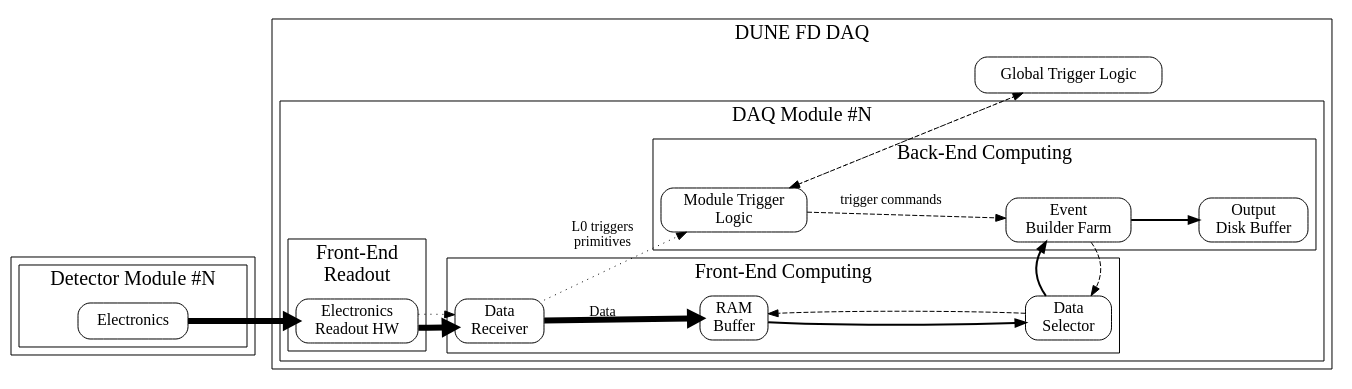
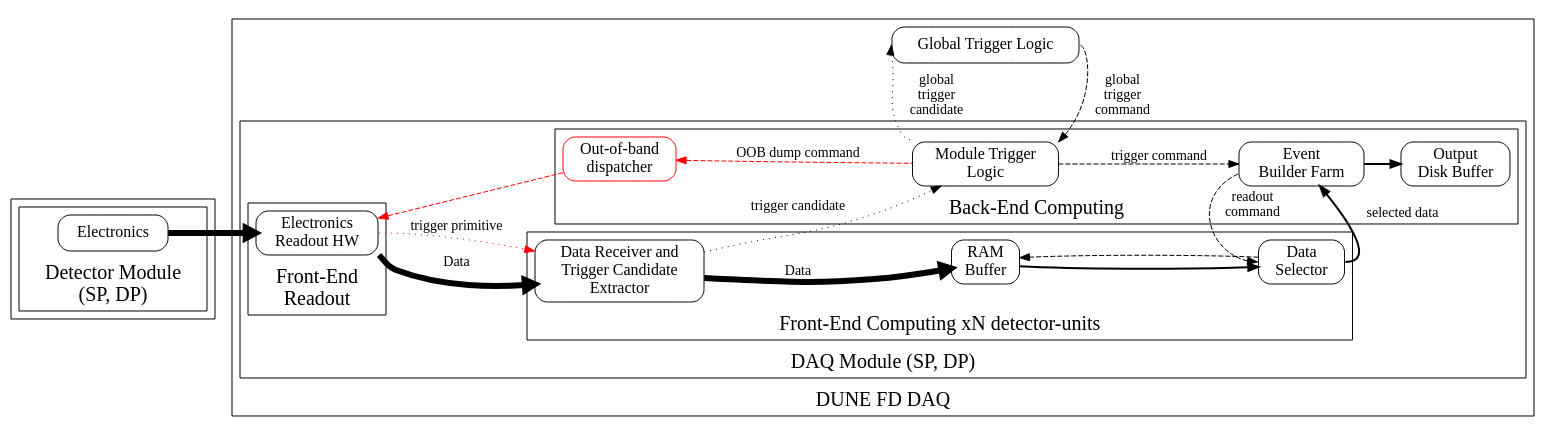
The diagram in far-detector-single-phase/figures/daq-overview.dot (maricicj/Technical-Proposal), drawn with Graphviz before and after one commit. The commit also changed 2 other files, not shown here.

Commit message:
Try to flesh out labels - still not final.

```diff
--- a/far-detector-single-phase/figures/daq-overview.dot
+++ b/far-detector-single-phase/figures/daq-overview.dot
@@ -1,69 +1,89 @@
 digraph top {
-        graph[compound=true,ordering=out,splines=false,layout=dot,rankdir=LR,fontsize=20];
+        graph[compound=true,ordering=out,splines=true,layout=dot,rankdir=LR,fontsize=20];
         node[shape=box,style="rounded",fontsize=16];
 
         subgraph cluster_dets{
                 subgraph cluster_det1{
-                        label="Detector Module #N";
+                        label="Detector Module\n(SP, DP)";
+                        labelloc=bottom;
+                        
                         elec1[label="Electronics"];
                 }
         }
         subgraph cluster_daqs{
                 label="DUNE FD DAQ";
-
+                labelloc=bottom;
+                
                 subgraph cluster_daq1 {
-                        label="DAQ Module #N";
+                        label="DAQ Module (SP, DP)";
+                        labelloc=bottom;
+                        
                         subgraph cluster_fero1 {
                                 label="Front-End\nReadout";
                                 fero1[label="Electronics\nReadout HW"];
                         }
                         subgraph cluster_fecomp1 {
-                                label="Front-End Computing";
-                                receive1[label="Data\nReceiver"];
+                                label="Front-End Computing xN detector-units";
+                                labelloc=bottom;
+                                
+                                receive1[label="Data Receiver and\nTrigger Candidate\nExtractor"];
                                 buffer1[label="RAM\nBuffer"];
                                 selector1[label="Data\nSelector"];
                         }
                         subgraph cluster_becomp1 {
                                 label="Back-End Computing";
+                                labelloc=bottom;
+                                
+                                oob[label="Out-of-band\ndispatcher",color=red];
                                 mtl1[label="Module Trigger\nLogic"];
                                 eb1[label="Event\nBuilder Farm"];
                                 disk1[label="Output\nDisk Buffer"];
                         }
                         
                 }
                 gtl[label="Global Trigger Logic"];
                 
         }
 
         // full raw data
         edge[penwidth=6];
         elec1->fero1;
         
-        fero1->receive1;
+        fero1:se->receive1[label="Data"];
 
         receive1->buffer1[label="\nData\n"];
 
-        // L0 trigger primitives
+        // trigger primitives
         edge[penwidth=1,style=dotted]
-        fero1->receive1;
-        receive1->mtl1[label="L0 triggers\nprimitives"];
-        // L1 trigger commands
+        fero1:e->receive1[label="trigger primitive",color=red];
+        receive1->mtl1[label="\n\ntrigger candidate"];
+
+        // trigger commands
         edge[penwidth=1,style=dashed]
-        mtl1->eb1[label="\ntrigger commands\n\n"];
-        eb1->selector1;
+        mtl1->eb1[label="\ntrigger command\n"];
+        oob->mtl1[dir=back,label="OOB dump command",color=red];
+        eb1->selector1:w[label="readout\ncommand\n\n"];
         selector1->buffer1;
 
+        
+        oob->fero1[color=red];
+        
         // Selected readout
         edge[penwidth=2,style=solid]
-        buffer1->selector1->eb1->disk1;
-
+        buffer1->selector1;
+        selector1:e->eb1[label="selected data"];
+        eb1->disk1;
+        
         // global trigger primitives
         edge[penwidth=1,style=dotted]
-        mtl1->gtl;
+        mtl1:nw->gtl:w[label="global\ntrigger\ncandidate\n\n"];
         
         // global trigger commands
         edge[penwidth=1,style=dashed]
-        gtl->mtl1;
+        gtl:e->mtl1:ne[label="global\ntrigger\ncommand\n\n"];
+        
+        edge[style=invis];
+        oob->gtl;
         
         
 }
```
